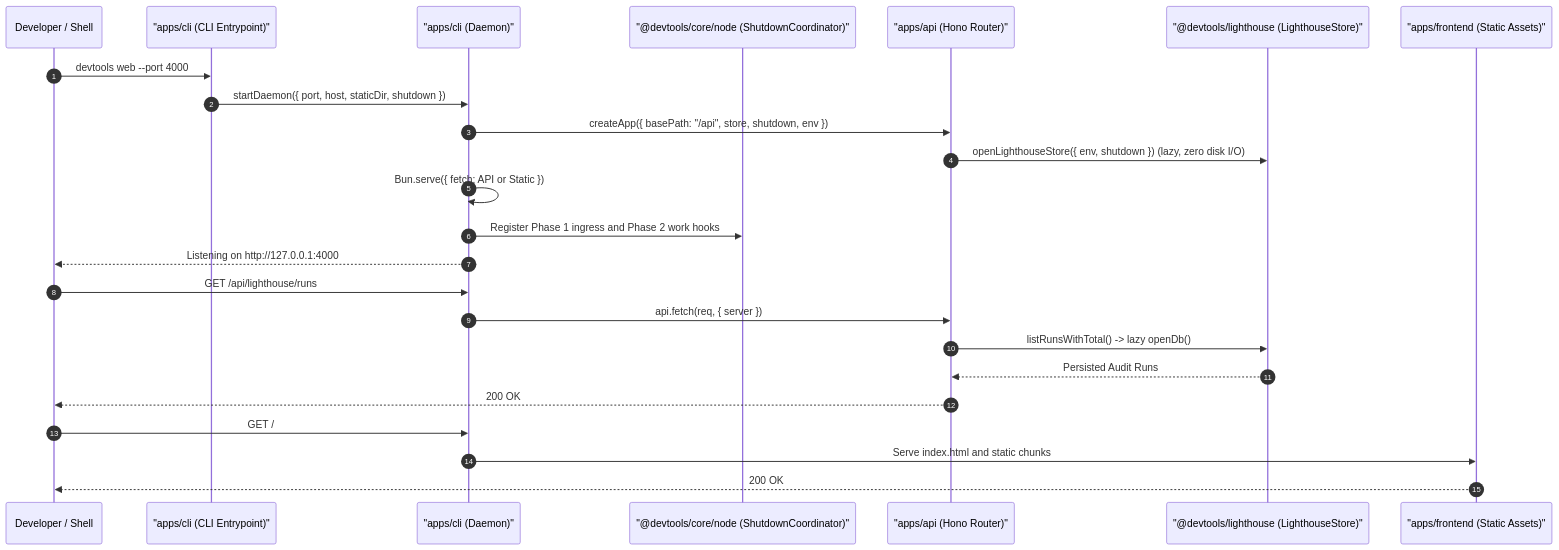
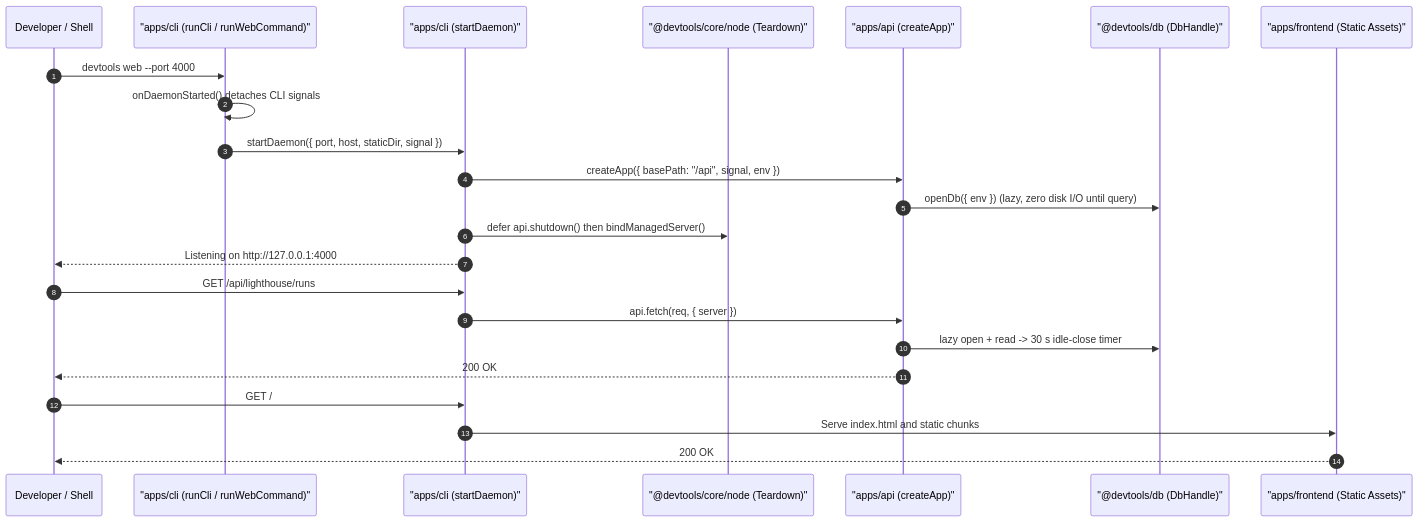
The diagram in docs/architecture/cli-and-daemon.md (ahmedhanye/devtools), drawn with Mermaid before and after one commit. The commit also changed other lines of this file and 5 other files, not shown here.

Commit message:
docs(architecture): sync architecture guides with layer 2 lifecycle

````diff
--- a/docs/architecture/cli-and-daemon.md
+++ b/docs/architecture/cli-and-daemon.md
@@ -42,27 +42,26 @@
 ```mermaid
 sequenceDiagram
   autonumber
   participant User as Developer / Shell
-  participant CLI as "apps/cli (CLI Entrypoint)"
-  participant Daemon as "apps/cli (Daemon)"
-  participant Shutdown as "@devtools/core/node (ShutdownCoordinator)"
-  participant API as "apps/api (Hono Router)"
-  participant Store as "@devtools/lighthouse (LighthouseStore)"
+  participant CLI as "apps/cli (runCli / runWebCommand)"
+  participant Daemon as "apps/cli (startDaemon)"
+  participant Teardown as "@devtools/core/node (Teardown)"
+  participant API as "apps/api (createApp)"
+  participant DB as "@devtools/db (DbHandle)"
   participant UI as "apps/frontend (Static Assets)"
 
   User->>CLI: devtools web --port 4000
-  CLI->>Daemon: startDaemon({ port, host, staticDir, shutdown })
-  Daemon->>API: createApp({ basePath: "/api", store, shutdown, env })
-  API->>Store: openLighthouseStore({ env, shutdown }) (lazy, zero disk I/O)
-  Daemon->>Daemon: Bun.serve({ fetch: API or Static })
-  Daemon->>Shutdown: Register Phase 1 ingress and Phase 2 work hooks
+  CLI->>CLI: onDaemonStarted() detaches CLI signals
+  CLI->>Daemon: startDaemon({ port, host, staticDir, signal })
+  Daemon->>API: createApp({ basePath: "/api", signal, env })
+  API->>DB: openDb({ env }) (lazy, zero disk I/O until query)
+  Daemon->>Teardown: defer api.shutdown() then bindManagedServer()
   Daemon-->>User: Listening on http://127.0.0.1:4000
   User->>Daemon: GET /api/lighthouse/runs
   Daemon->>API: api.fetch(req, { server })
-  API->>Store: listRunsWithTotal() -> lazy openDb()
-  Store-->>API: Persisted Audit Runs
+  API->>DB: lazy open + read -> 30 s idle-close timer
   API-->>User: 200 OK
   User->>Daemon: GET /
   Daemon->>UI: Serve index.html and static chunks
   UI-->>User: 200 OK
 ```
````
